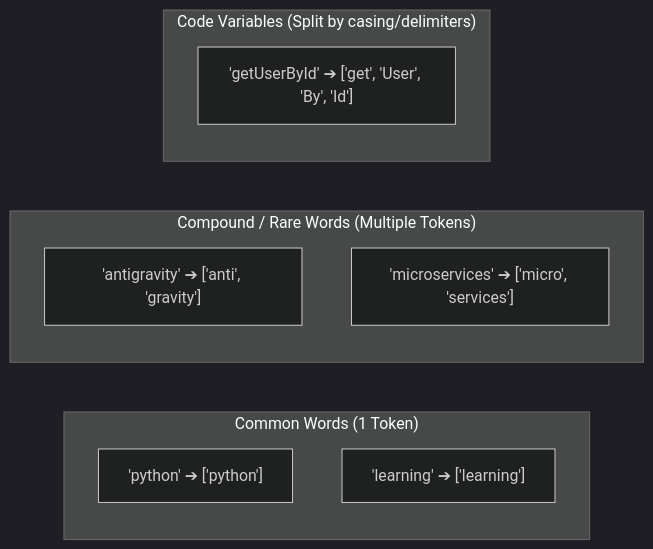
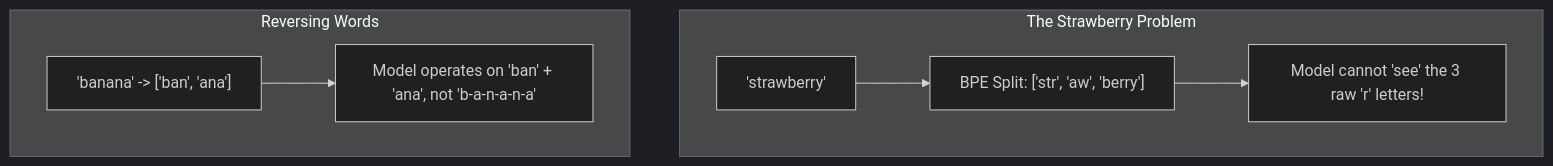
One commit to mr-mk-dev/py-ai-craft changed the eighth of 9 diagrams in 02-llm-api-fundamentals/02-tokens/README.md. Above: the diagram before and after it, drawn with Mermaid (dark theme). The commit also changed other lines of this file and 114 other files, not shown here.

Commit message:
Full RoadMap .md file Completed

````diff
--- a/02-llm-api-fundamentals/02-tokens/README.md
+++ b/02-llm-api-fundamentals/02-tokens/README.md
@@ -86,16 +297,11 @@
 ```mermaid
-flowchart LR
-    subgraph Common["Common Words (1 Token)"]
-        A["'python' ➔ ['python']"]
-        B["'learning' ➔ ['learning']"]
+flowchart TD
+    subgraph Strawberry["The Strawberry Problem"]
+        Word["'strawberry'"] --> BPE["BPE Split: ['str', 'aw', 'berry']"]
+        BPE --> Blindness["Model cannot 'see' the 3 raw 'r' letters!"]
     end
 
-    subgraph Compound["Compound / Rare Words (Multiple Tokens)"]
-        C["'antigravity' ➔ ['anti', 'gravity']"]
-        D["'microservices' ➔ ['micro', 'services']"]
-    end
-
-    subgraph Code["Code Variables (Split by casing/delimiters)"]
-        E["'getUserById' ➔ ['get', 'User', 'By', 'Id']"]
+    subgraph Backwards["Reversing Words"]
+        Rev["'banana' -> ['ban', 'ana']"] --> Fail["Model operates on 'ban' + 'ana', not 'b-a-n-a-n-a'"]
     end
 ```
````
